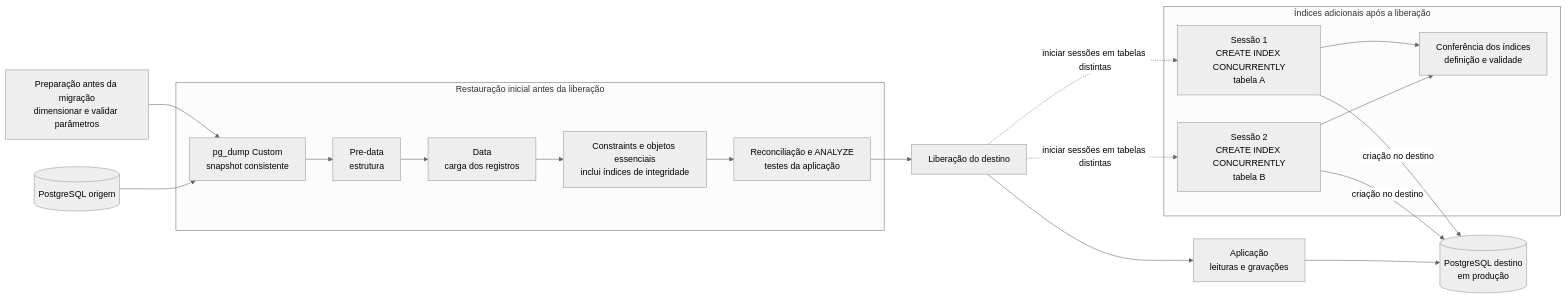
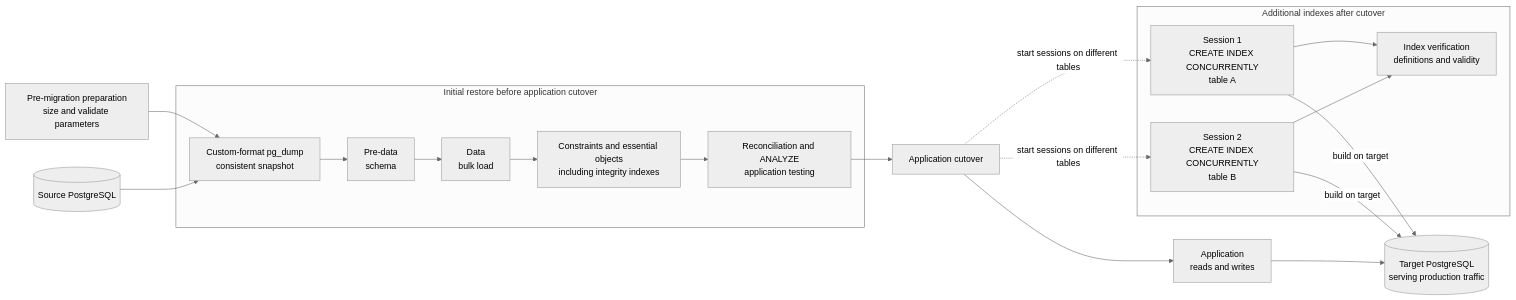
The diagram in README.md (costacristiano-lang/PostgreSQL-Migracao-logica-predata-data-postdata.), drawn with Mermaid (neutral theme) before and after one commit. The commit also changed other lines of this file, not shown here.

````diff
--- a/README.md
+++ b/README.md
@@ -15,32 +19,32 @@
 ```mermaid
 flowchart LR
-    SRC[("PostgreSQL origem")]
-    TGT[("PostgreSQL destino<br/>em produção")]
-    APP["Aplicação<br/>leituras e gravações"]
-    subgraph INITIAL["Restauração inicial antes da liberação"]
-        DUMP["pg_dump Custom<br/>snapshot consistente"]
-        PRE["Pre-data<br/>estrutura"]
-        DATA["Data<br/>carga dos registros"]
-        CONS["Constraints e objetos essenciais<br/>inclui índices de integridade"]
-        VALID["Reconciliação e ANALYZE<br/>testes da aplicação"]
+    SRC[("Source PostgreSQL")]
+    TGT[("Target PostgreSQL<br/>serving production traffic")]
+    APP["Application<br/>reads and writes"]
+    subgraph INITIAL["Initial restore before application cutover"]
+        DUMP["Custom-format pg_dump<br/>consistent snapshot"]
+        PRE["Pre-data<br/>schema"]
+        DATA["Data<br/>bulk load"]
+        CONS["Constraints and essential objects<br/>including integrity indexes"]
+        VALID["Reconciliation and ANALYZE<br/>application testing"]
         DUMP --> PRE --> DATA --> CONS --> VALID
     end
-    CUT["Liberação do destino"]
-    subgraph INDEXES["Índices adicionais após a liberação"]
-        S1["Sessão 1<br/>CREATE INDEX CONCURRENTLY<br/>tabela A"]
-        S2["Sessão 2<br/>CREATE INDEX CONCURRENTLY<br/>tabela B"]
-        CHECK["Conferência dos índices<br/>definição e validade"]
+    CUT["Application cutover"]
+    subgraph INDEXES["Additional indexes after cutover"]
+        S1["Session 1<br/>CREATE INDEX CONCURRENTLY<br/>table A"]
+        S2["Session 2<br/>CREATE INDEX CONCURRENTLY<br/>table B"]
+        CHECK["Index verification<br/>definitions and validity"]
         S1 --> CHECK
         S2 --> CHECK
     end
-    PREP["Preparação antes da migração<br/>dimensionar e validar parâmetros"]
+    PREP["Pre-migration preparation<br/>size and validate parameters"]
     PREP --> DUMP
     SRC --> DUMP
     VALID --> CUT
     CUT --> APP
     APP --> TGT
-    CUT -. "iniciar sessões em tabelas distintas" .-> S1
-    CUT -. "iniciar sessões em tabelas distintas" .-> S2
-    S1 -->|"criação no destino"| TGT
-    S2 -->|"criação no destino"| TGT
+    CUT -. "start sessions on different tables" .-> S1
+    CUT -. "start sessions on different tables" .-> S2
+    S1 -->|"build on target"| TGT
+    S2 -->|"build on target"| TGT
 ```
````
